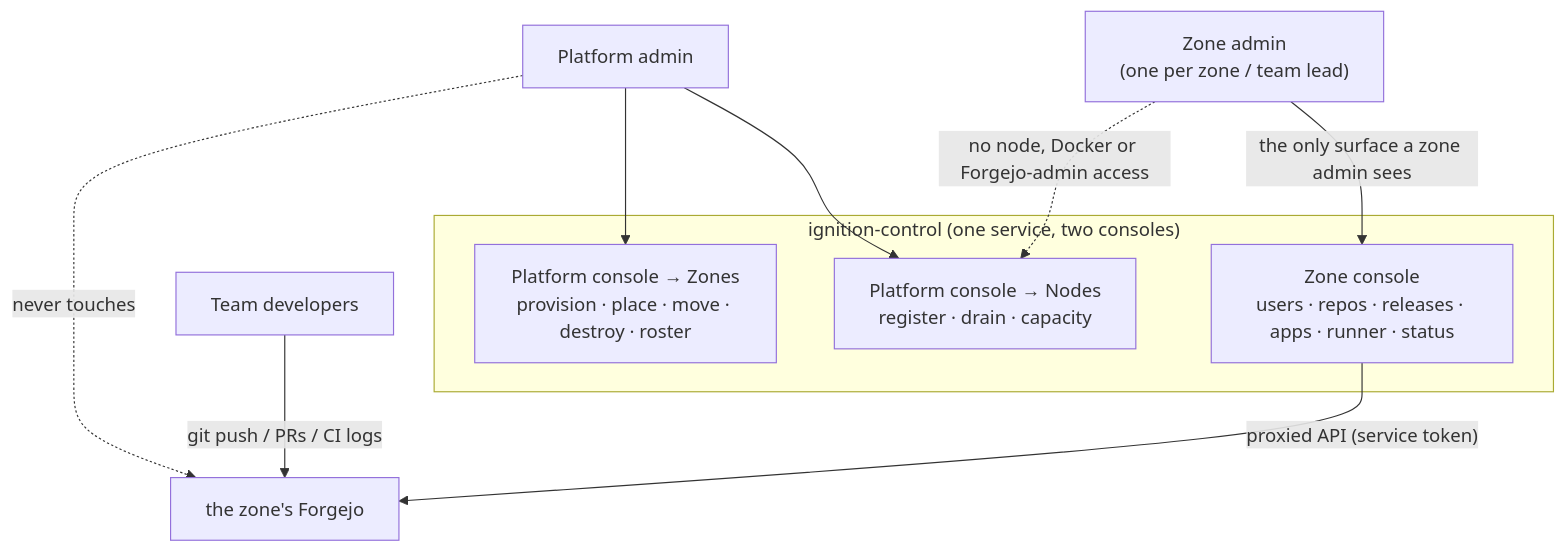
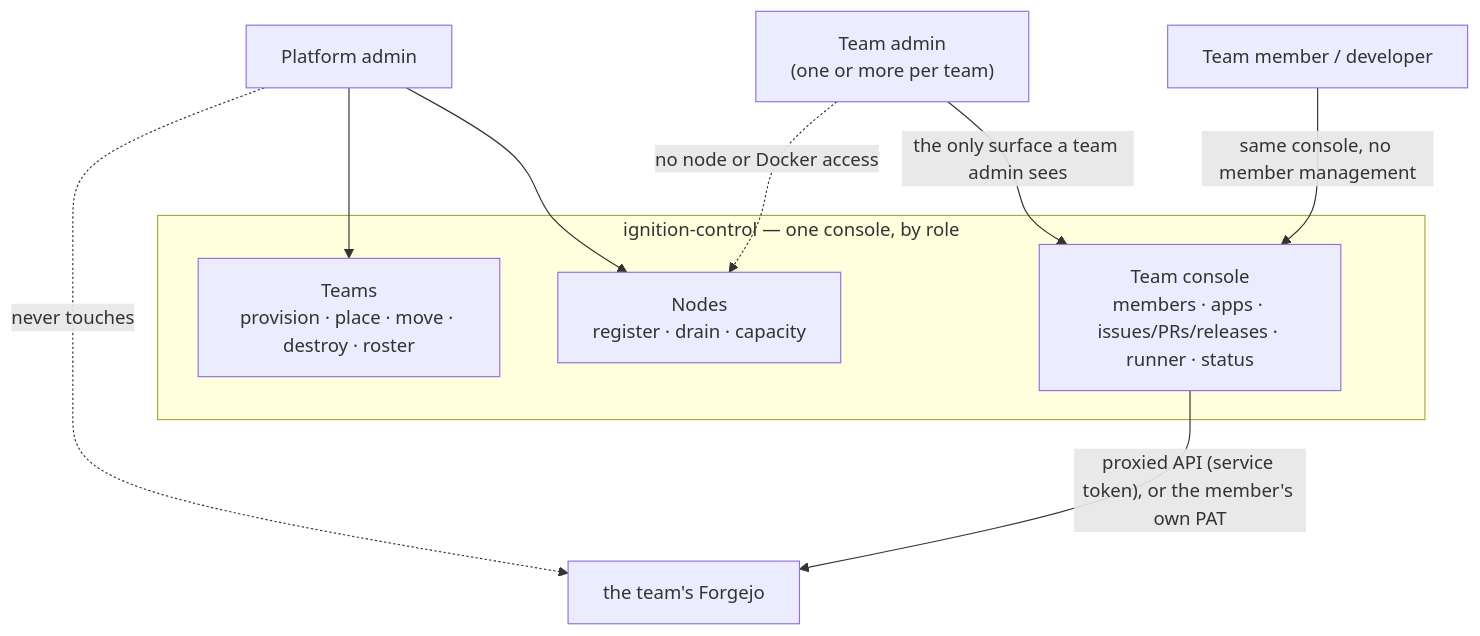
One commit to johnjoeallen/ignition changed the diagram in docs/roles.md. Above: the diagram before and after it, drawn with Mermaid. The commit also changed other lines of this file and 2 other files, not shown here.

````diff
--- a/docs/roles.md
+++ b/docs/roles.md
@@ -5,21 +7,21 @@
 ```mermaid
 flowchart TB
     pa["Platform admin"]
-    za["Zone admin<br/>(one per zone / team lead)"]
-    dev["Team developers"]
+    za["Team admin<br/>(one or more per team)"]
+    dev["Team member / developer"]
 
-    subgraph cp["ignition-control (one service, two consoles)"]
-        nodes["Platform console → Nodes<br/>register · drain · capacity"]
-        zones["Platform console → Zones<br/>provision · place · move · destroy · roster"]
-        zoneconsole["Zone console<br/>users · repos · releases · apps · runner · status"]
+    subgraph cp["ignition-control — one console, by role"]
+        nodes["Nodes<br/>register · drain · capacity"]
+        teams["Teams<br/>provision · place · move · destroy · roster"]
+        teamconsole["Team console<br/>members · apps · issues/PRs/releases · runner · status"]
     end
 
     pa --> nodes
-    pa --> zones
-    za -->|"the only surface a zone admin sees"| zoneconsole
-    zoneconsole -->|"proxied API (service token)"| forgejo["the zone's Forgejo"]
-    dev -->|"git push / PRs / CI logs"| forgejo
+    pa --> teams
+    za -->|"the only surface a team admin sees"| teamconsole
+    dev -->|"same console, no member management"| teamconsole
+    teamconsole -->|"proxied API (service token), or the member's own PAT"| forgejo["the team's Forgejo"]
 
     pa -. "never touches" .-> forgejo
-    za -. "no node, Docker or Forgejo-admin access" .-> nodes
+    za -. "no node or Docker access" .-> nodes
 ```
````
